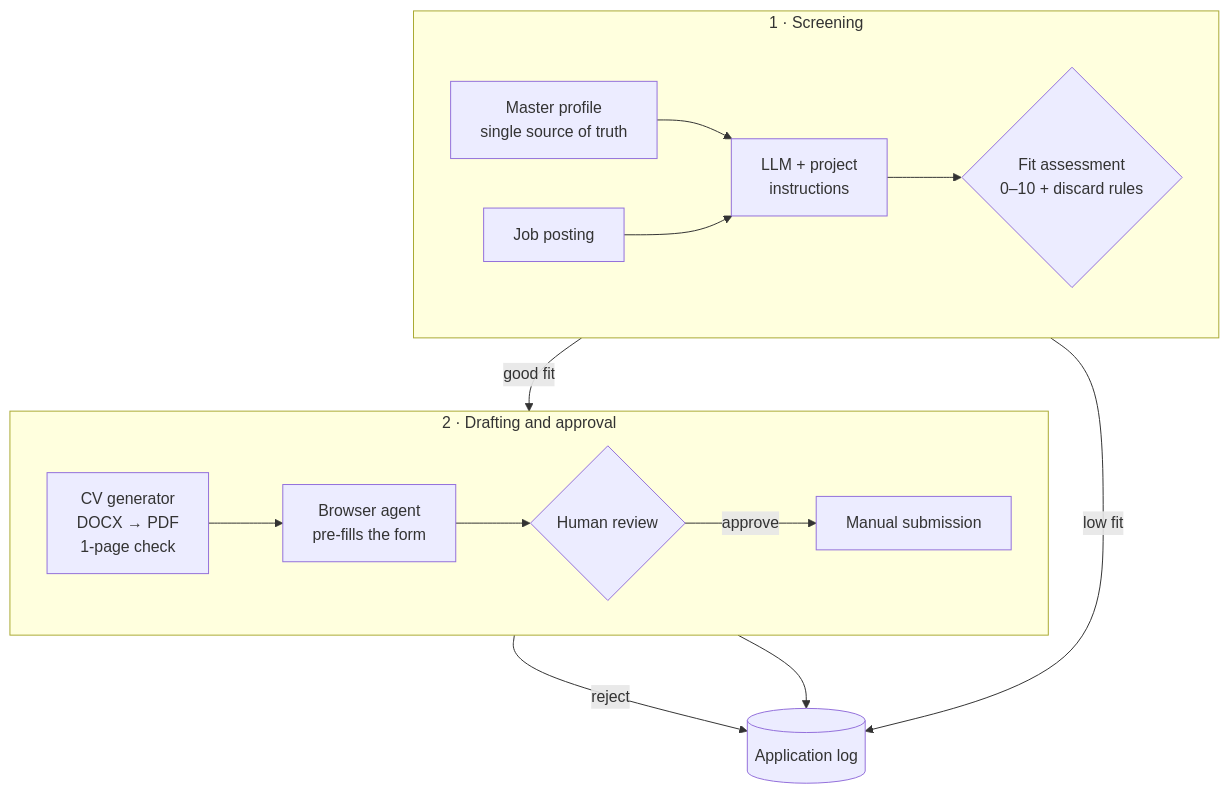
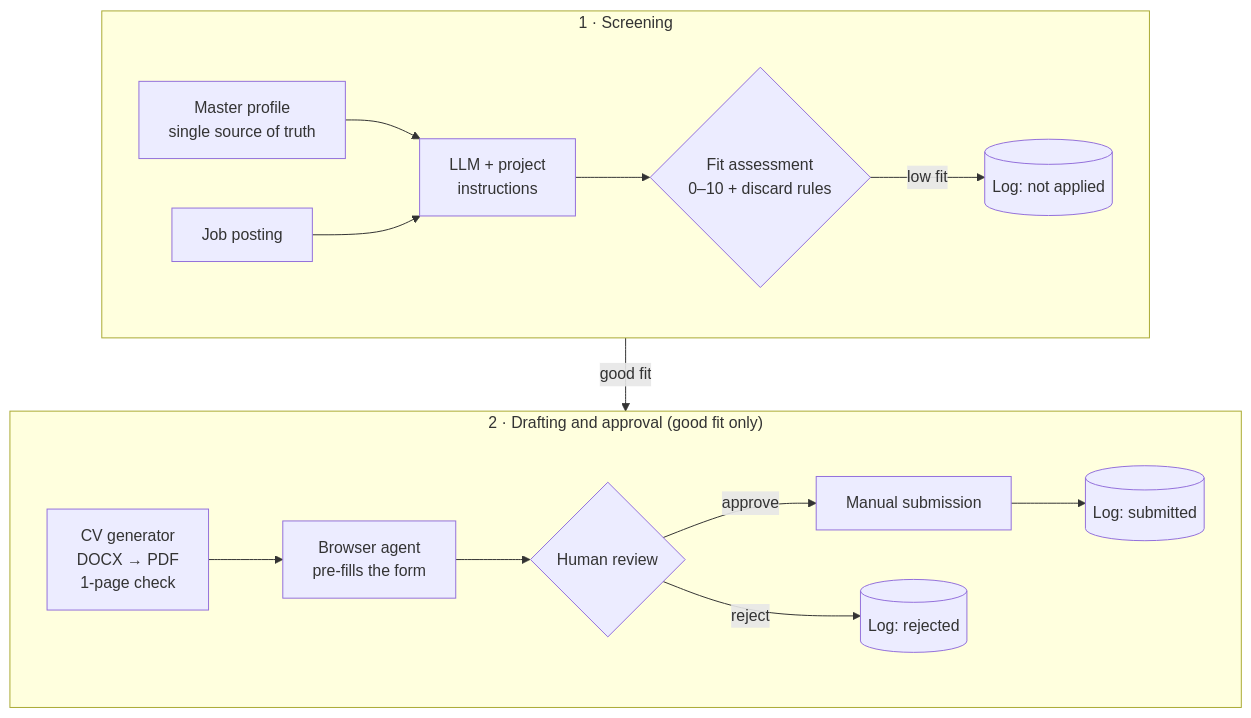
Before and after one commit to aavelarbelo/llm-job-application-assistant: the first of 2 diagrams in README.md, drawn with Mermaid. The commit also changed other lines of this file and 1 other file, not shown here.

Commit message:
Docs: keep each diagram row left-to-right
Claude-Session: https://claude.ai/code/session_01FyiMzVGZPWt1WWcRt5YY2j

````diff
--- a/README.md
+++ b/README.md
@@ -20,19 +20,18 @@
 ```mermaid
 flowchart TB
     subgraph S1[" 1 · Screening "]
         direction LR
         MP[Master profile<br/>single source of truth] --> LLM[LLM + project<br/>instructions]
         JOB[Job posting] --> LLM
         LLM --> FIT{Fit assessment<br/>0–10 + discard rules}
+        FIT -- low fit --> L1[(Log: not applied)]
     end
-    subgraph S2[" 2 · Drafting and approval "]
+    subgraph S2[" 2 · Drafting and approval (good fit only) "]
         direction LR
         CV[CV generator<br/>DOCX → PDF<br/>1-page check] --> AG[Browser agent<br/>pre-fills the form]
         AG --> HU{Human review}
-        HU -- approve --> SUB[Manual submission]
+        HU -- approve --> SUB[Manual submission] --> L2[(Log: submitted)]
+        HU -- reject --> L3[(Log: rejected)]
     end
-    FIT -- good fit --> CV
-    FIT -- low fit --> LOG[(Application log)]
-    HU -- reject --> LOG
-    SUB --> LOG
+    S1 -- good fit --> S2
 ```
````
